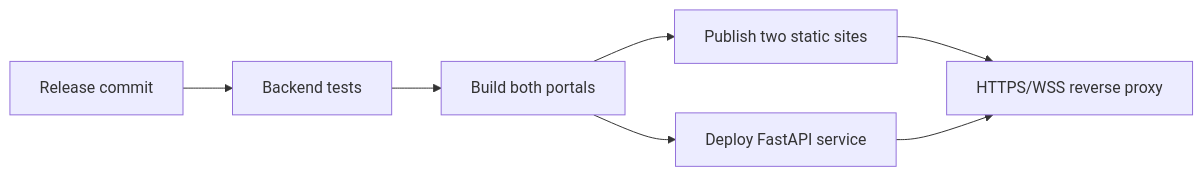
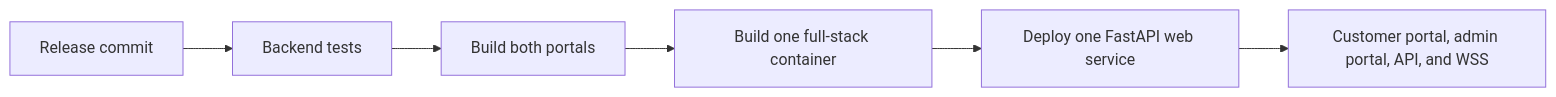
Before and after one commit to Prashant44-cell/Nexus: the fourth of 4 diagrams in README.md, drawn with Mermaid. The commit also changed other lines of this file and 13 other files, not shown here.

Commit message:
feat: serve both portals from FastAPI

````diff
--- a/README.md
+++ b/README.md
@@ -513,9 +513,8 @@
 ```mermaid
 flowchart LR
     RELEASE[Release commit] --> TEST[Backend tests]
     TEST --> BUILD[Build both portals]
-    BUILD --> STATIC[Publish two static sites]
-    BUILD --> APIHOST[Deploy FastAPI service]
-    STATIC --> TLS[HTTPS/WSS reverse proxy]
-    APIHOST --> TLS
+    BUILD --> CONTAINER[Build one full-stack container]
+    CONTAINER --> HOST[Deploy one FastAPI web service]
+    HOST --> PORTALS[Customer portal, admin portal, API, and WSS]
 ```
````
